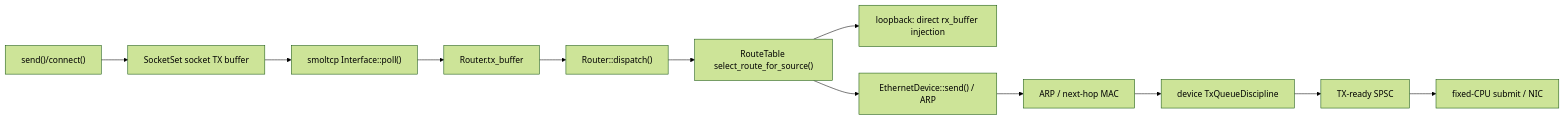
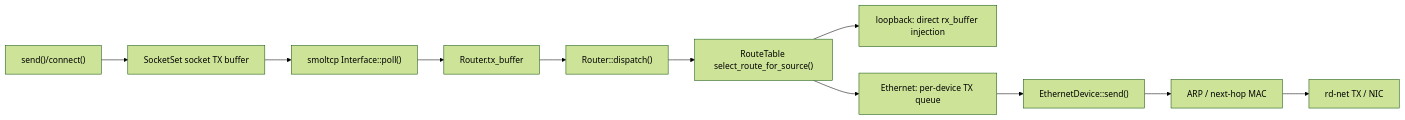
The fifth of 5 diagrams in docs/docs/architecture/net/architecture.md (Dirinkbottle/tgoskits), drawn with Mermaid (forest theme) before and after one commit. The commit also changed other lines of this file and 3840 other files, not shown here.

````diff
--- a/docs/docs/architecture/net/architecture.md
+++ b/docs/docs/architecture/net/architecture.md
@@ -253,14 +321,13 @@
 ```mermaid
 flowchart LR
     App["send()/connect()"] --> Sock["SocketSet socket TX buffer"]
     Sock --> Smol["smoltcp Interface::poll()"]
     Smol --> TxBuf["Router.tx_buffer"]
     TxBuf --> Dispatch["Router::dispatch()"]
     Dispatch --> Route["RouteTable select_route_for_source()"]
     Route --> Loop["loopback: direct rx_buffer injection"]
-    Route --> Eth["EthernetDevice::send() / ARP"]
+    Route --> TxQ["Ethernet: per-device TX queue"]
+    TxQ --> Eth["EthernetDevice::send()"]
     Eth --> Arp["ARP / next-hop MAC"]
-    Arp --> Qdisc["device TxQueueDiscipline"]
-    Qdisc --> TxQ["TX-ready SPSC"]
-    TxQ --> Hw["fixed-CPU submit / NIC"]
+    Arp --> Hw["rd-net TX / NIC"]
 ```
````
